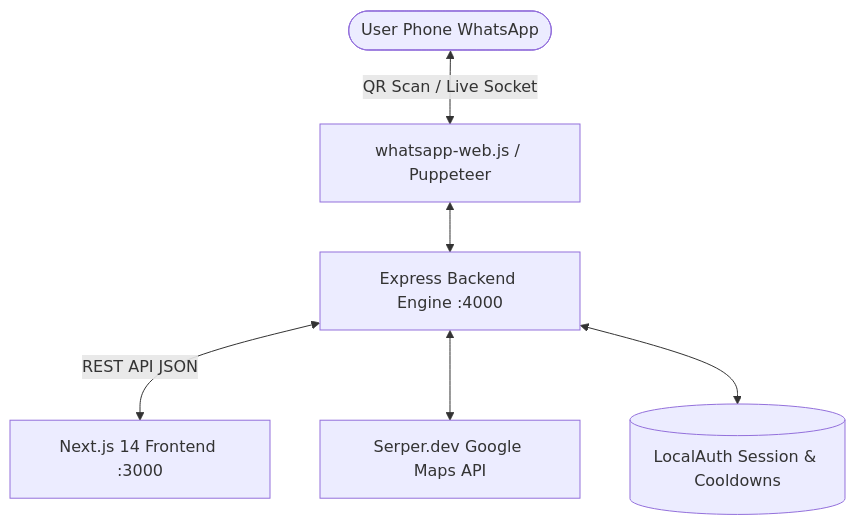
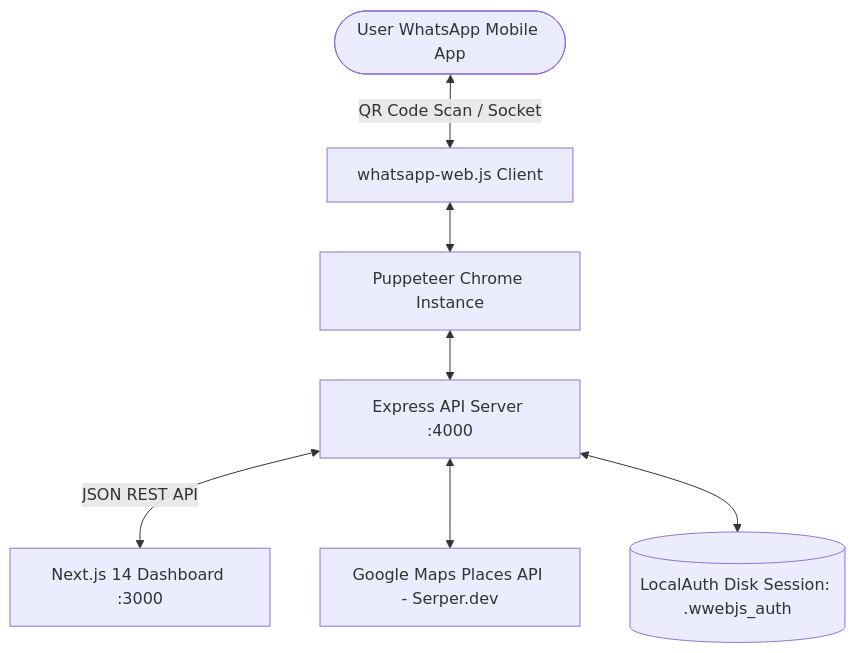
The diagram in LOCAL_PROJECT_GUIDE.md (surajbannerjee/whatsapp-automation), drawn with Mermaid before and after one commit. The commit also changed other lines of this file, not shown here.

Commit message:
docs: rewrite setup and architecture guide completely in English

````diff
--- a/LOCAL_PROJECT_GUIDE.md
+++ b/LOCAL_PROJECT_GUIDE.md
@@ -51,8 +53,9 @@
 ```mermaid
 graph TD
-    User([User Phone WhatsApp]) <-->|QR Scan / Live Socket| WWeb[whatsapp-web.js / Puppeteer]
-    WWeb <--> Back[Express Backend Engine :4000]
-    Back <-->|REST API JSON| Front[Next.js 14 Frontend :3000]
-    Back <--> Serper[Serper.dev Google Maps API]
-    Back <--> LocalStorage[(LocalAuth Session & Cooldowns)]
+    UserPhone([User WhatsApp Mobile App]) <-->|QR Code Scan / Socket| WWeb[whatsapp-web.js Client]
+    WWeb <--> Puppeteer[Puppeteer Chrome Instance]
+    Puppeteer <--> Backend[Express API Server :4000]
+    Backend <-->|JSON REST API| Frontend[Next.js 14 Dashboard :3000]
+    Backend <--> Serper[Google Maps Places API - Serper.dev]
+    Backend <--> LocalAuthStore[(LocalAuth Disk Session: .wwebjs_auth)]
 ```
````
